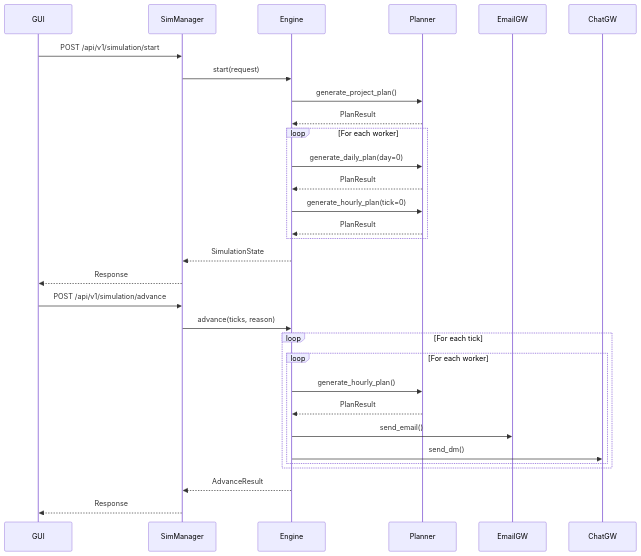
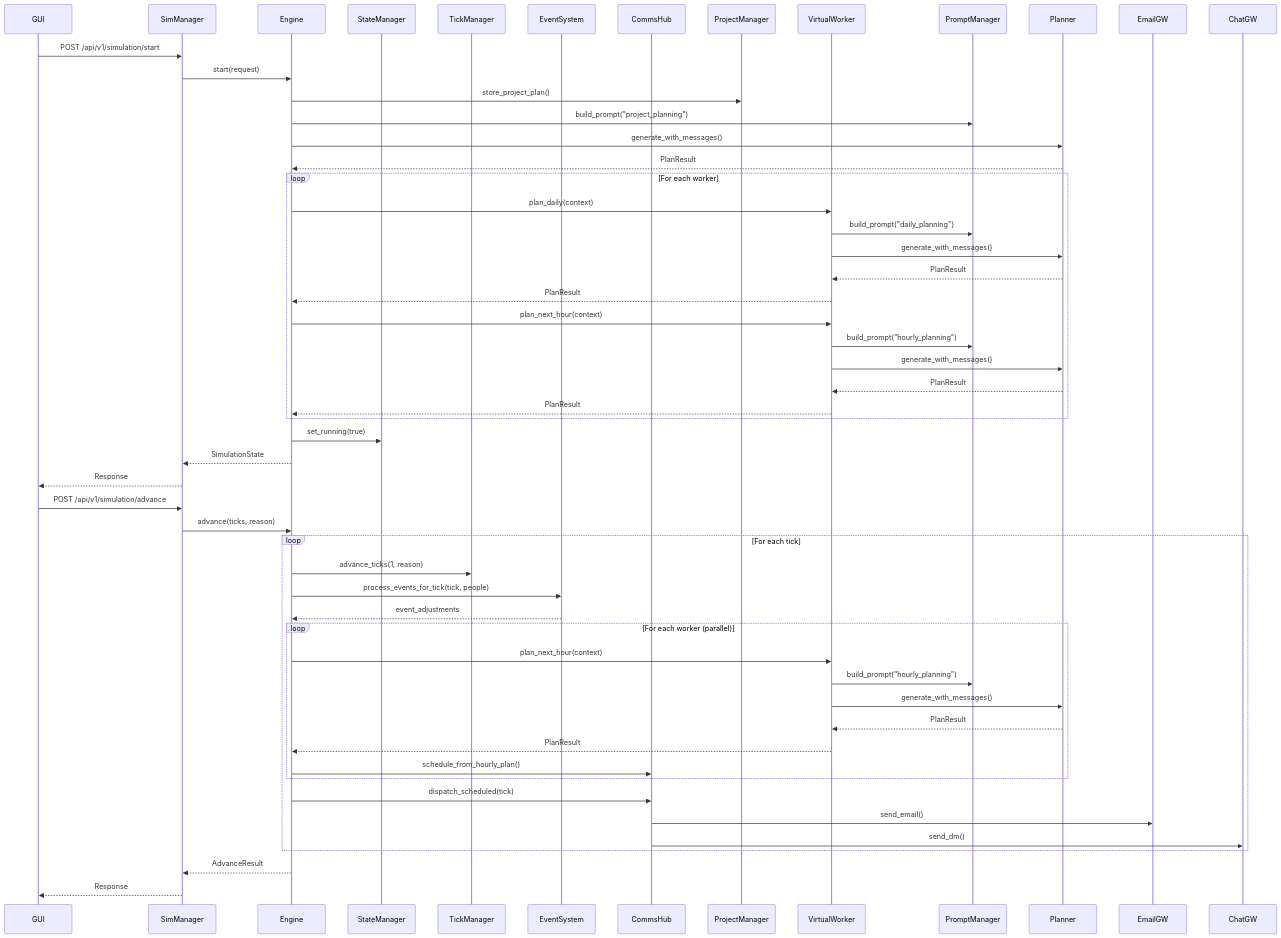
One commit to Nemit0/virtualoffice changed the diagram in docs/architecture.md. Above: the diagram before and after it, drawn with Mermaid. The commit also changed other lines of this file and 143 other files, not shown here.

````diff
--- a/docs/architecture.md
+++ b/docs/architecture.md
@@ -216,35 +659,59 @@
 ```mermaid
 sequenceDiagram
     participant GUI
     participant SimManager
     participant Engine
+    participant StateManager
+    participant TickManager
+    participant EventSystem
+    participant CommsHub
+    participant ProjectManager
+    participant VirtualWorker
+    participant PromptManager
     participant Planner
     participant EmailGW
     participant ChatGW
 
     GUI->>SimManager: POST /api/v1/simulation/start
     SimManager->>Engine: start(request)
-    Engine->>Planner: generate_project_plan()
+    Engine->>ProjectManager: store_project_plan()
+    Engine->>PromptManager: build_prompt("project_planning")
+    Engine->>Planner: generate_with_messages()
     Planner-->>Engine: PlanResult
     loop For each worker
-        Engine->>Planner: generate_daily_plan(day=0)
-        Planner-->>Engine: PlanResult
-        Engine->>Planner: generate_hourly_plan(tick=0)
-        Planner-->>Engine: PlanResult
+        Engine->>VirtualWorker: plan_daily(context)
+        VirtualWorker->>PromptManager: build_prompt("daily_planning")
+        VirtualWorker->>Planner: generate_with_messages()
+        Planner-->>VirtualWorker: PlanResult
+        VirtualWorker-->>Engine: PlanResult
+        Engine->>VirtualWorker: plan_next_hour(context)
+        VirtualWorker->>PromptManager: build_prompt("hourly_planning")
+        VirtualWorker->>Planner: generate_with_messages()
+        Planner-->>VirtualWorker: PlanResult
+        VirtualWorker-->>Engine: PlanResult
     end
+    Engine->>StateManager: set_running(true)
     Engine-->>SimManager: SimulationState
     SimManager-->>GUI: Response
 
     GUI->>SimManager: POST /api/v1/simulation/advance
     SimManager->>Engine: advance(ticks, reason)
     loop For each tick
-        loop For each worker
-            Engine->>Planner: generate_hourly_plan()
-            Planner-->>Engine: PlanResult
-            Engine->>EmailGW: send_email()
-            Engine->>ChatGW: send_dm()
+        Engine->>TickManager: advance_ticks(1, reason)
+        Engine->>EventSystem: process_events_for_tick(tick, people)
+        EventSystem-->>Engine: event_adjustments
+        loop For each worker (parallel)
+            Engine->>VirtualWorker: plan_next_hour(context)
+            VirtualWorker->>PromptManager: build_prompt("hourly_planning")
+            VirtualWorker->>Planner: generate_with_messages()
+            Planner-->>VirtualWorker: PlanResult
+            VirtualWorker-->>Engine: PlanResult
+            Engine->>CommsHub: schedule_from_hourly_plan()
         end
+        Engine->>CommsHub: dispatch_scheduled(tick)
+        CommsHub->>EmailGW: send_email()
+        CommsHub->>ChatGW: send_dm()
     end
     Engine-->>SimManager: AdvanceResult
     SimManager-->>GUI: Response
 ```
````
